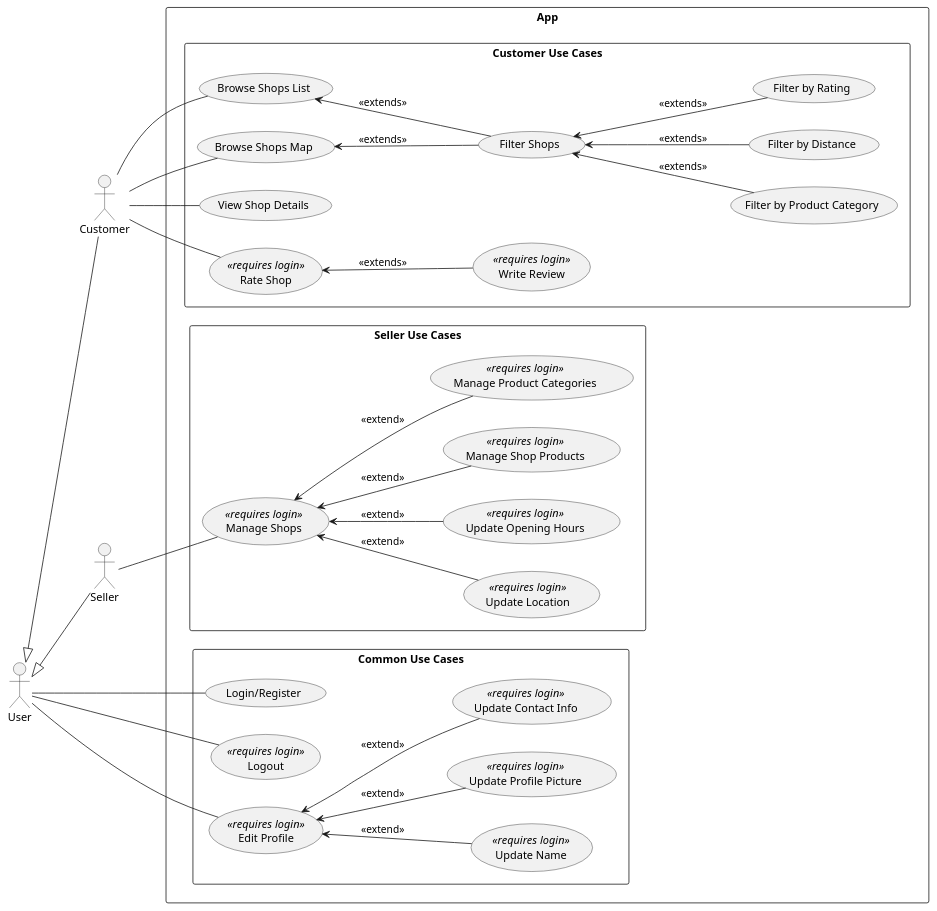
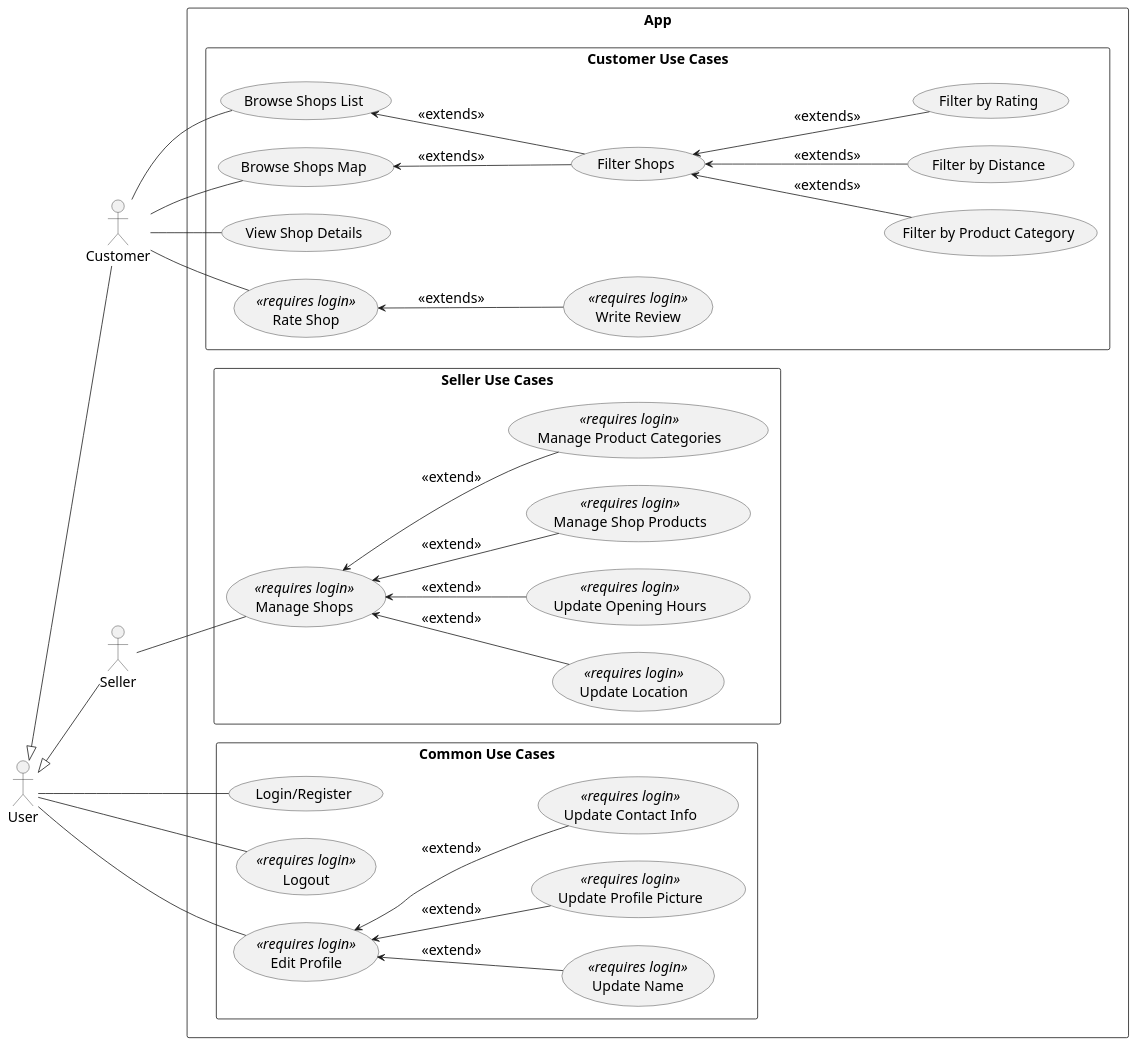
One commit to tondracek/my-farmer changed the diagram in docs/diagram/use_case_diagram.puml. Above: the diagram before and after it, drawn with PlantUML. The commit also changed 1 other file, not shown here.

Commit message:
fix(diagram): increased font size

```diff
--- a/docs/diagram/use_case_diagram.puml
+++ b/docs/diagram/use_case_diagram.puml
@@ -1,84 +1,86 @@
 @startuml
+
+skinparam defaultFontSize 18
 
 skinparam backgroundColor #FFFFFF
 left to right direction
 
 actor "User" as User
 actor "Customer" as Customer
 actor "Seller" as Seller
 
 User <|-- Customer
 User <|-- Seller
 
 rectangle "App" {
 
   rectangle "Common Use Cases" {
 
     usecase "Login/Register" as LoginRegisterCustomer
     usecase "Logout" as LogoutCustomer <<requires login>>
 
     User -- LoginRegisterCustomer
     User -- LogoutCustomer
 
     usecase "Edit Profile" as EditProfile <<requires login>>
 
     usecase "Update Name" as UpdateName <<requires login>>
     usecase "Update Profile Picture" as UpdateProfilePicture <<requires login>>
     usecase "Update Contact Info" as UpdateContactInfo <<requires login>>
 
     User -- EditProfile
 
     EditProfile <-- UpdateName : <<extend>>
     EditProfile <-- UpdateProfilePicture : <<extend>>
     EditProfile <-- UpdateContactInfo : <<extend>>
   }
 
   rectangle "Customer Use Cases" {
 
     usecase "Browse Shops List" as BrowseShopsList
     usecase "Browse Shops Map" as BrowseShopsMap
     usecase "View Shop Details" as ViewShopDetails
 
     usecase "Filter Shops" as FilterShops
 
     usecase "Filter by Product Category" as FilterByCategory
     usecase "Filter by Distance" as FilterByDistance
     usecase "Filter by Rating" as FilterByRating
 
     usecase "Rate Shop" as RateShop <<requires login>>
     usecase "Write Review" as WriteReview <<requires login>>
 
     Customer -- BrowseShopsList
     Customer -- BrowseShopsMap
 
     BrowseShopsList <-- FilterShops : <<extends>>
     BrowseShopsMap <-- FilterShops : <<extends>>
 
     FilterShops <-- FilterByCategory : <<extends>>
     FilterShops <-- FilterByDistance : <<extends>>
     FilterShops <-- FilterByRating : <<extends>>
 
     Customer -- ViewShopDetails
     Customer -- RateShop
     RateShop <-- WriteReview : <<extends>>
   }
 
   rectangle "Seller Use Cases" {
 
     usecase "Manage Shops" as ManageShops <<requires login>>
 
     usecase "Update Location" as UpdateLocation <<requires login>>
     usecase "Update Opening Hours" as UpdateOpeningHours <<requires login>>
     usecase "Manage Shop Products" as ManageShopProducts <<requires login>>
     usecase "Manage Product Categories" as ManageProductCategories <<requires login>>
 
     Seller -- ManageShops
 
     ManageShops <-- UpdateLocation : <<extend>>
     ManageShops <-- UpdateOpeningHours : <<extend>>
     ManageShops <-- ManageShopProducts : <<extend>>
     ManageShops <-- ManageProductCategories : <<extend>>
   }
 }
 
 @enduml
```
